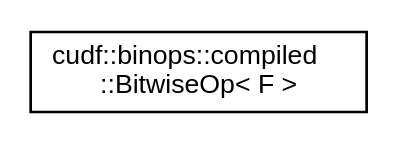
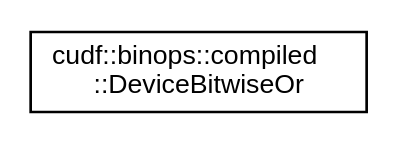
Before and after one commit to rapidsai/projects: the diagram in libcudf/0.8.0/inherit_graph_24.dot, drawn with Graphviz. The commit also changed 531 other files, not shown here.

```diff
--- a/libcudf/0.8.0/inherit_graph_24.dot
+++ b/libcudf/0.8.0/inherit_graph_24.dot
@@ -1,7 +1,7 @@
 digraph "Graphical Class Hierarchy"
 {
   edge [fontname="Helvetica",fontsize="10",labelfontname="Helvetica",labelfontsize="10"];
   node [fontname="Helvetica",fontsize="10",shape=record];
   rankdir="LR";
-  Node0 [label="cudf::binops::compiled\l::BitwiseOp\< F \>",height=0.2,width=0.4,color="black", fillcolor="white", style="filled",URL="$structcudf_1_1binops_1_1compiled_1_1BitwiseOp.html"];
+  Node0 [label="cudf::binops::compiled\l::DeviceBitwiseOr",height=0.2,width=0.4,color="black", fillcolor="white", style="filled",URL="$structcudf_1_1binops_1_1compiled_1_1DeviceBitwiseOr.html"];
 }
```
